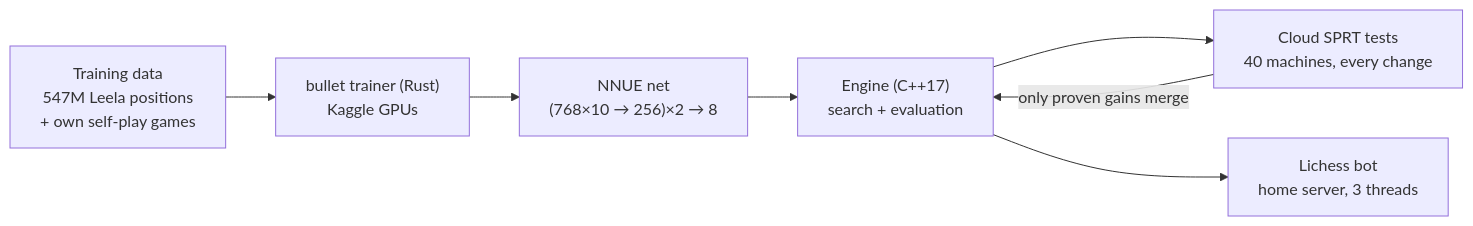
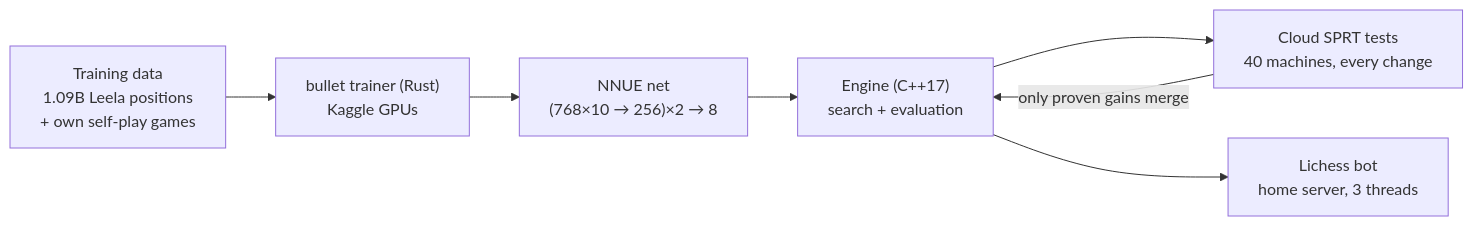
Before and after one commit to kavin-jain/KavinEngine: the diagram in README.md, drawn with Mermaid. The commit also changed other lines of this file and 1 other file, not shown here.

First line of the commit message:
README + SPRT log: net leela2-256-l240 merged (+21.7 ± 7.1), bench 3725814, 53 tests / 308,792 games

````diff
--- a/README.md
+++ b/README.md
@@ -28,9 +28,9 @@
 ```mermaid
 flowchart LR
-    D["Training data<br/>547M Leela positions<br/>+ own self-play games"] --> T["bullet trainer (Rust)<br/>Kaggle GPUs"]
+    D["Training data<br/>1.09B Leela positions<br/>+ own self-play games"] --> T["bullet trainer (Rust)<br/>Kaggle GPUs"]
     T --> N["NNUE net<br/>(768×10 → 256)×2 → 8"]
     N --> E["Engine (C++17)<br/>search + evaluation"]
     E --> S["Cloud SPRT tests<br/>40 machines, every change"]
     S -- "only proven gains merge" --> E
     E --> L["Lichess bot<br/>home server, 3 threads"]
 ```
````
